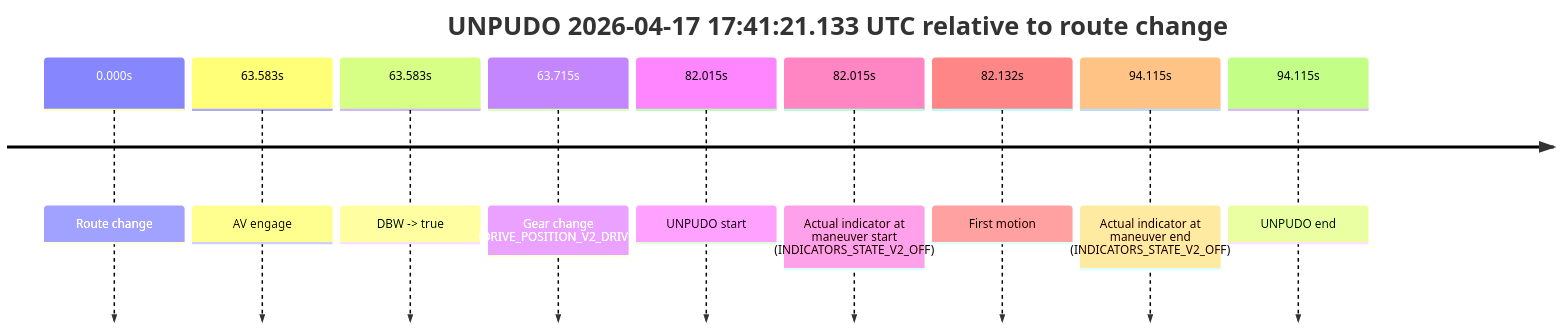
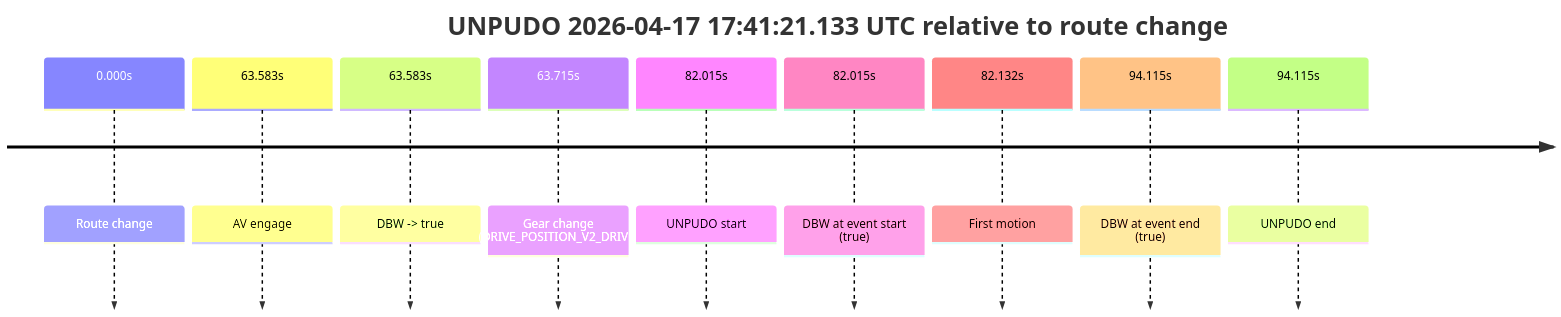
Before and after one commit to yoelshapiro/vault: the third of 3 diagrams in model_analysis/report_cards/2026/04/Week-3/fme10011--2026-04-17--16-21-28--gen2-av-42978ead-95b1-4c93-ae74-d01ce75d27e9.md, drawn with Mermaid. The commit also changed other lines of this file and 85 other files, not shown here.

````diff
--- a/model_analysis/report_cards/2026/04/Week-3/fme10011--2026-04-17--16-21-28--gen2-av-42978ead-95b1-4c93-ae74-d01ce75d27e9.md
+++ b/model_analysis/report_cards/2026/04/Week-3/fme10011--2026-04-17--16-21-28--gen2-av-42978ead-95b1-4c93-ae74-d01ce75d27e9.md
@@ -206,13 +226,13 @@
 ```mermaid
 timeline
     title UNPUDO 2026-04-17 17:41:21.133 UTC relative to route change
     0.000s : Route change
     63.583s : AV engage
     63.583s : DBW -> true
     63.715s : Gear change (DRIVE_POSITION_V2_DRIVE)
     82.015s : UNPUDO start
-    82.015s : Actual indicator at maneuver start (INDICATORS_STATE_V2_OFF)
+    82.015s : DBW at event start (true)
     82.132s : First motion
-    94.115s : Actual indicator at maneuver end (INDICATORS_STATE_V2_OFF)
+    94.115s : DBW at event end (true)
     94.115s : UNPUDO end
 ```
````
